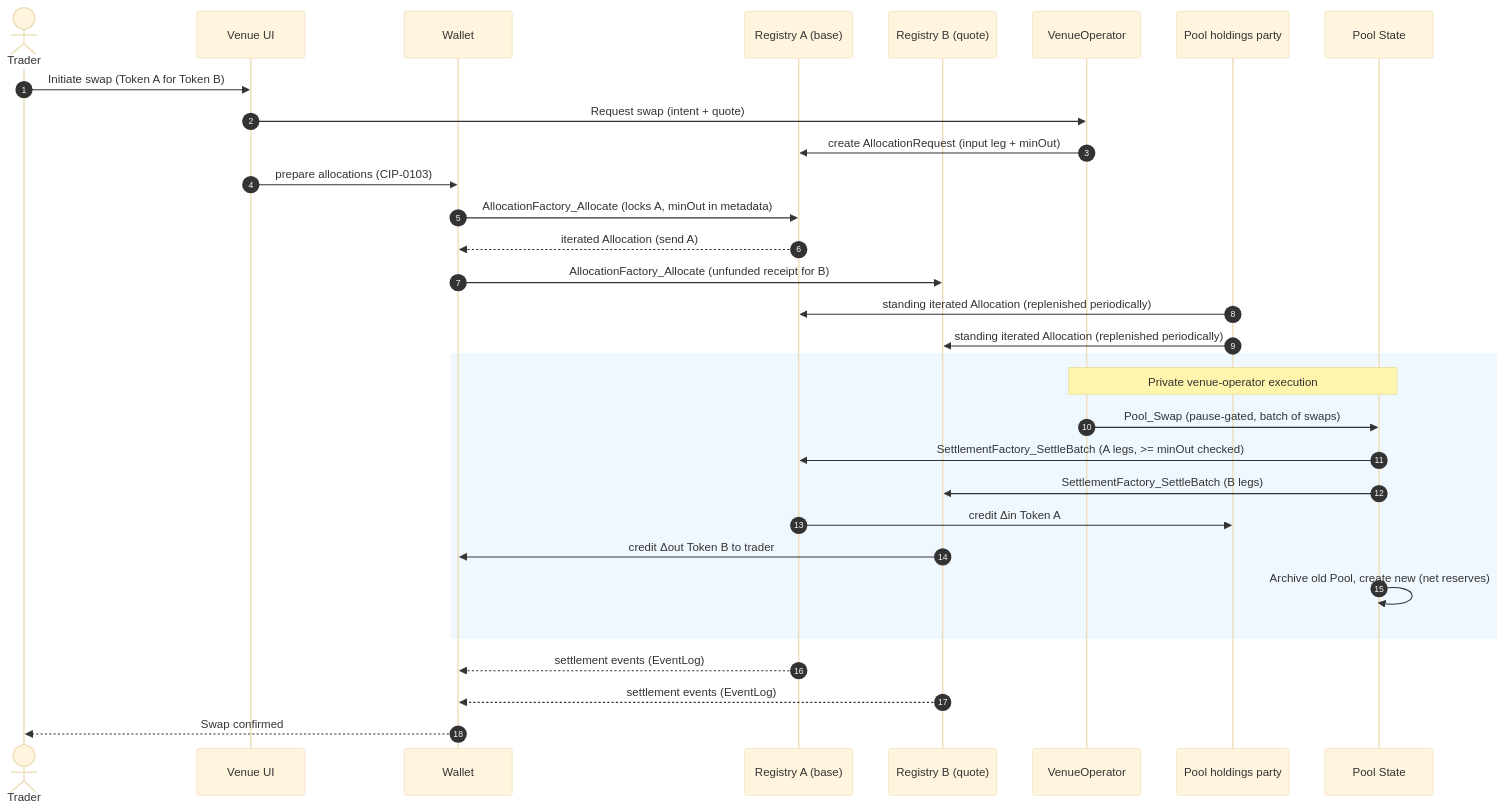
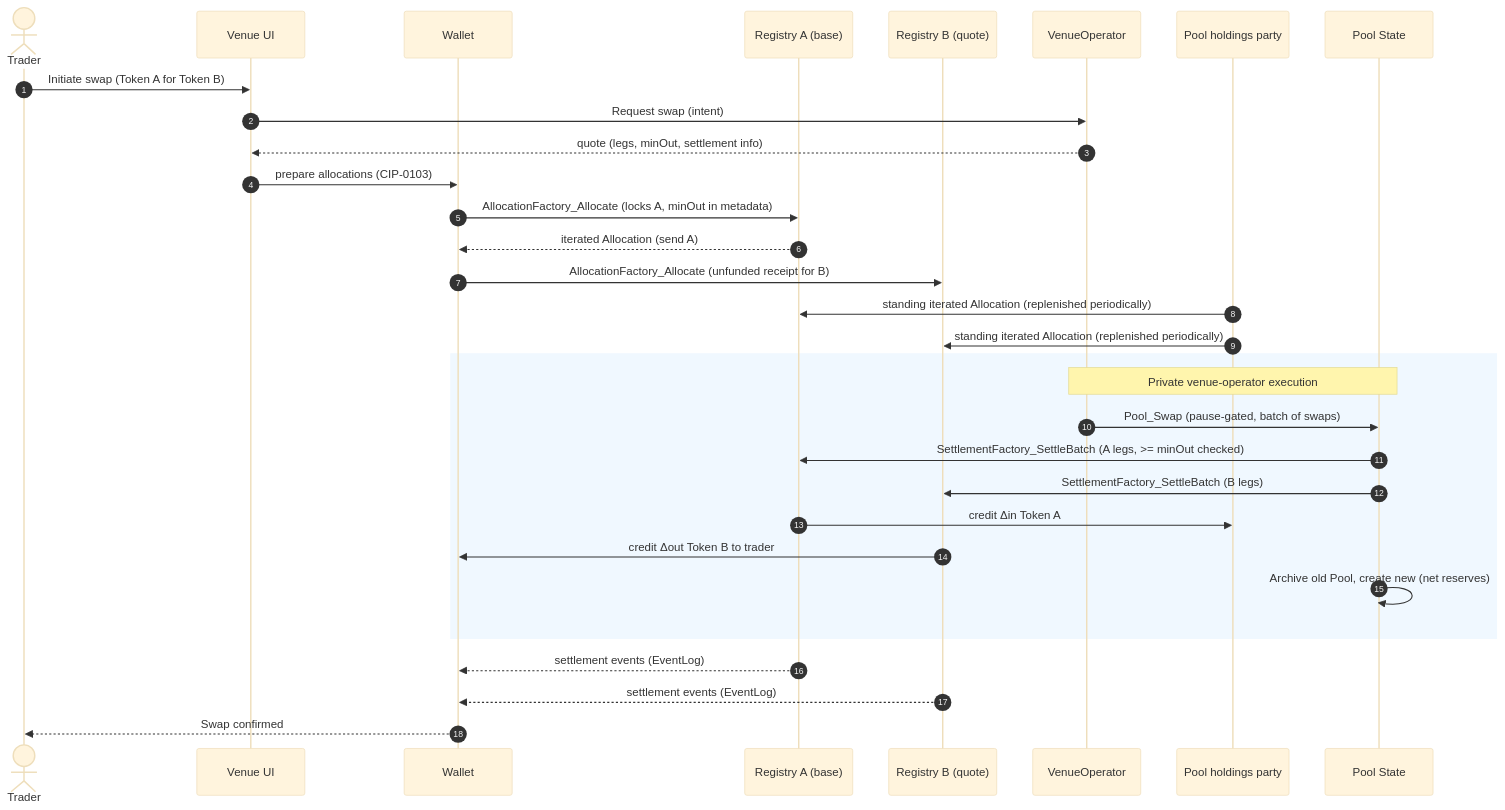
Before and after one commit to OpenZeppelin/canton-specs: the fourth of 4 diagrams in docs/reference-architectures/dex.md, drawn with Mermaid (base theme). The commit also changed other lines of this file, not shown here.

````diff
--- a/docs/reference-architectures/dex.md
+++ b/docs/reference-architectures/dex.md
@@ -426,36 +390,36 @@
 ```mermaid
 sequenceDiagram
     autonumber
     actor Trader
     participant VenueUI as Venue UI
     participant Wallet
     participant RegA as Registry A (base)
     participant RegB as Registry B (quote)
     participant VenueOperator
     participant PoolHoldings as Pool holdings party
     participant PoolContract as Pool State
 
     Trader->>VenueUI: Initiate swap (Token A for Token B)
-    VenueUI->>VenueOperator: Request swap (intent + quote)
-    VenueOperator->>RegA: create AllocationRequest (input leg + minOut)
+    VenueUI->>VenueOperator: Request swap (intent)
+    VenueOperator-->>VenueUI: quote (legs, minOut, settlement info)
     VenueUI->>Wallet: prepare allocations (CIP-0103)
     Wallet->>RegA: AllocationFactory_Allocate (locks A, minOut in metadata)
     RegA-->>Wallet: iterated Allocation (send A)
     Wallet->>RegB: AllocationFactory_Allocate (unfunded receipt for B)
     PoolHoldings->>RegA: standing iterated Allocation (replenished periodically)
     PoolHoldings->>RegB: standing iterated Allocation (replenished periodically)
 
     rect rgb(240, 248, 255)
     Note over VenueOperator, PoolContract: Private venue-operator execution
     VenueOperator->>PoolContract: Pool_Swap (pause-gated, batch of swaps)
     PoolContract->>RegA: SettlementFactory_SettleBatch (A legs, >= minOut checked)
     PoolContract->>RegB: SettlementFactory_SettleBatch (B legs)
     RegA->>PoolHoldings: credit Δin Token A
     RegB->>Wallet: credit Δout Token B to trader
     PoolContract->>PoolContract: Archive old Pool, create new (net reserves)
     end
 
     RegA-->>Wallet: settlement events (EventLog)
     RegB-->>Wallet: settlement events (EventLog)
     Wallet-->>Trader: Swap confirmed
 ```
````
